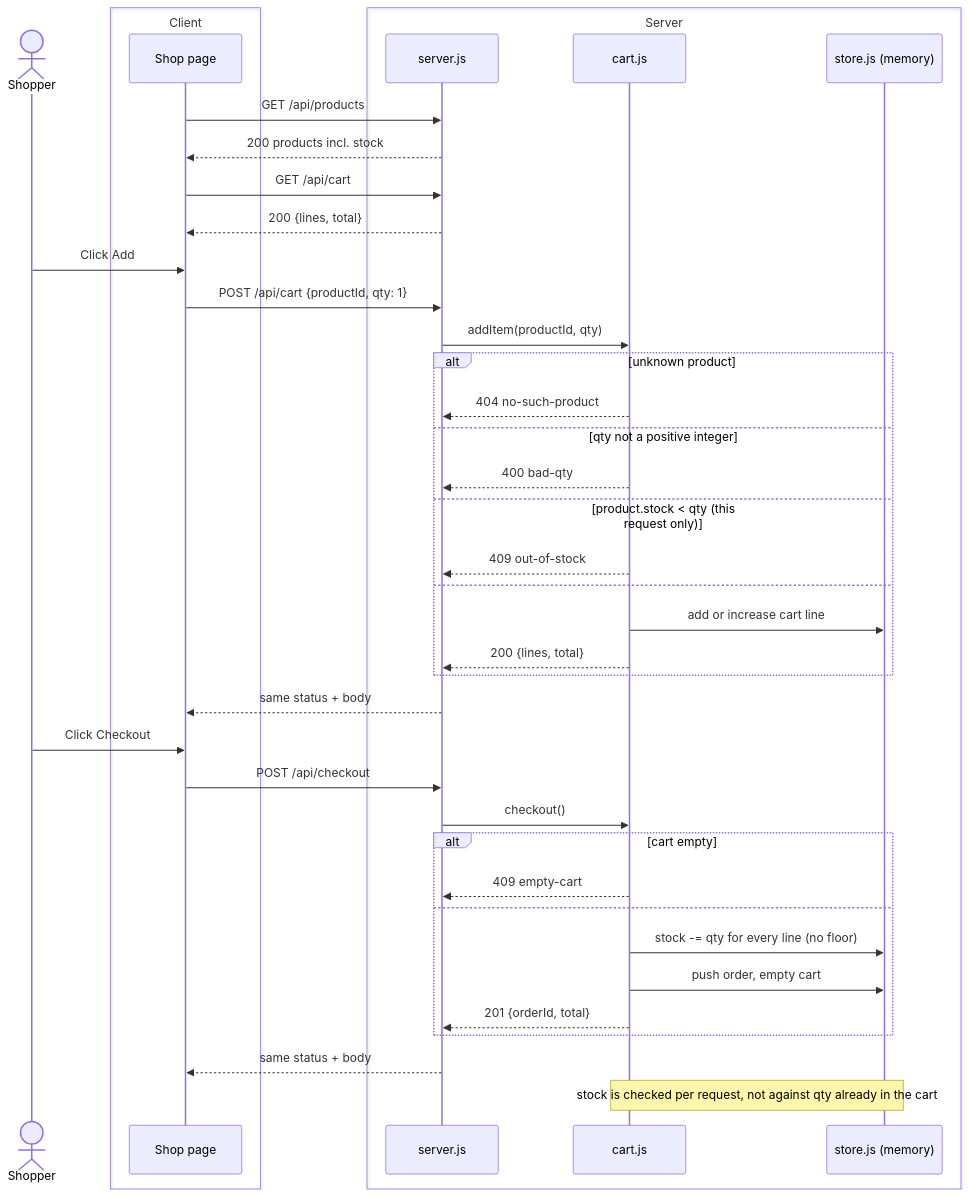
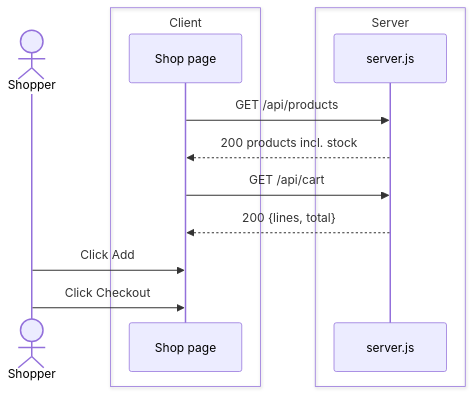
Before and after one commit to Ehsan200/feature-verify: the diagram in examples/cart-observe/.feature-verify/checkout/code.sequence.mmd, drawn with Mermaid. The commit also changed 15 other files, not shown here.

```diff
--- a/examples/cart-observe/.feature-verify/checkout/code.sequence.mmd
+++ b/examples/cart-observe/.feature-verify/checkout/code.sequence.mmd
@@ -1,61 +1,22 @@
 sequenceDiagram
   actor Shopper
   box Client
     participant UI as Shop page
   end
   box Server
     participant API as server.js
-    participant Cart as cart.js
-    participant Store as store.js (memory)
   end
   UI->>API: GET /api/products
   %% @ref public/index.html:6#/api/products
   API-->>UI: 200 products incl. stock
   %% @ref src/server.js:12#products
   UI->>API: GET /api/cart
   %% @ref public/index.html:8#/api/cart
   API-->>UI: 200 {lines, total}
   %% @ref src/server.js:13#cartView
   Shopper->>UI: Click Add
   %% @ref public/index.html:10#onclick
-  UI->>API: POST /api/cart {productId, qty: 1}
-  %% @ref public/index.html:12#/api/cart
-  API->>Cart: addItem(productId, qty)
-  %% @ref src/server.js:16#addItem
-  alt unknown product
-    Cart-->>API: 404 no-such-product
-    %% @ref src/cart.js:5#no-such-product
-  else qty not a positive integer
-    Cart-->>API: 400 bad-qty
-    %% @ref src/cart.js:6#bad-qty
-  else product.stock < qty (this request only)
-    Cart-->>API: 409 out-of-stock
-    %% @ref src/cart.js:7#out-of-stock
-  else
-    Cart->>Store: add or increase cart line
-    %% @ref src/cart.js:9#cart.items
-    Cart-->>API: 200 {lines, total}
-    %% @ref src/cart.js:10#cartView
-  end
-  API-->>UI: same status + body
-  %% @ref src/server.js:17#send
+  %% @drill add-to-cart
   Shopper->>UI: Click Checkout
   %% @ref public/index.html:16#checkout
-  UI->>API: POST /api/checkout
-  %% @ref public/index.html:17#/api/checkout
-  API->>Cart: checkout()
-  %% @ref src/server.js:20#checkout
-  alt cart empty
-    Cart-->>API: 409 empty-cart
-    %% @ref src/cart.js:19#empty-cart
-  else
-    Cart->>Store: stock -= qty for every line (no floor)
-    %% @ref src/cart.js:21#stock
-    Cart->>Store: push order, empty cart
-    %% @ref src/cart.js:23#orders.push
-    Cart-->>API: 201 {orderId, total}
-    %% @ref src/cart.js:24#orderId
-  end
-  API-->>UI: same status + body
-  %% @ref src/server.js:21#send
-  Note over Cart,Store: stock is checked per request, not against qty already in the cart
+  %% @drill checkout
```
